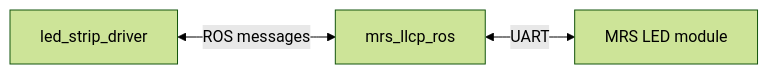
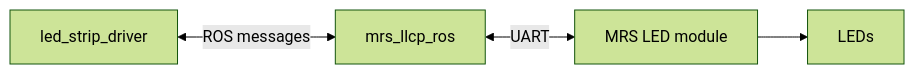
One commit to ctu-mrs/mrs_module_led_strip_driver changed the diagram in README.md. Above: the diagram before and after it, drawn with Mermaid (forest theme).

````diff
--- a/README.md
+++ b/README.md
@@ -6,5 +6,5 @@
 ```mermaid
 flowchart LR
 A[led_strip_driver] <-->|ROS messages| B[mrs_llcp_ros]
-B <-->|UART| C[MRS LED module]
+B <-->|UART| C[MRS LED module]-->D[LEDs]
 ```
````
